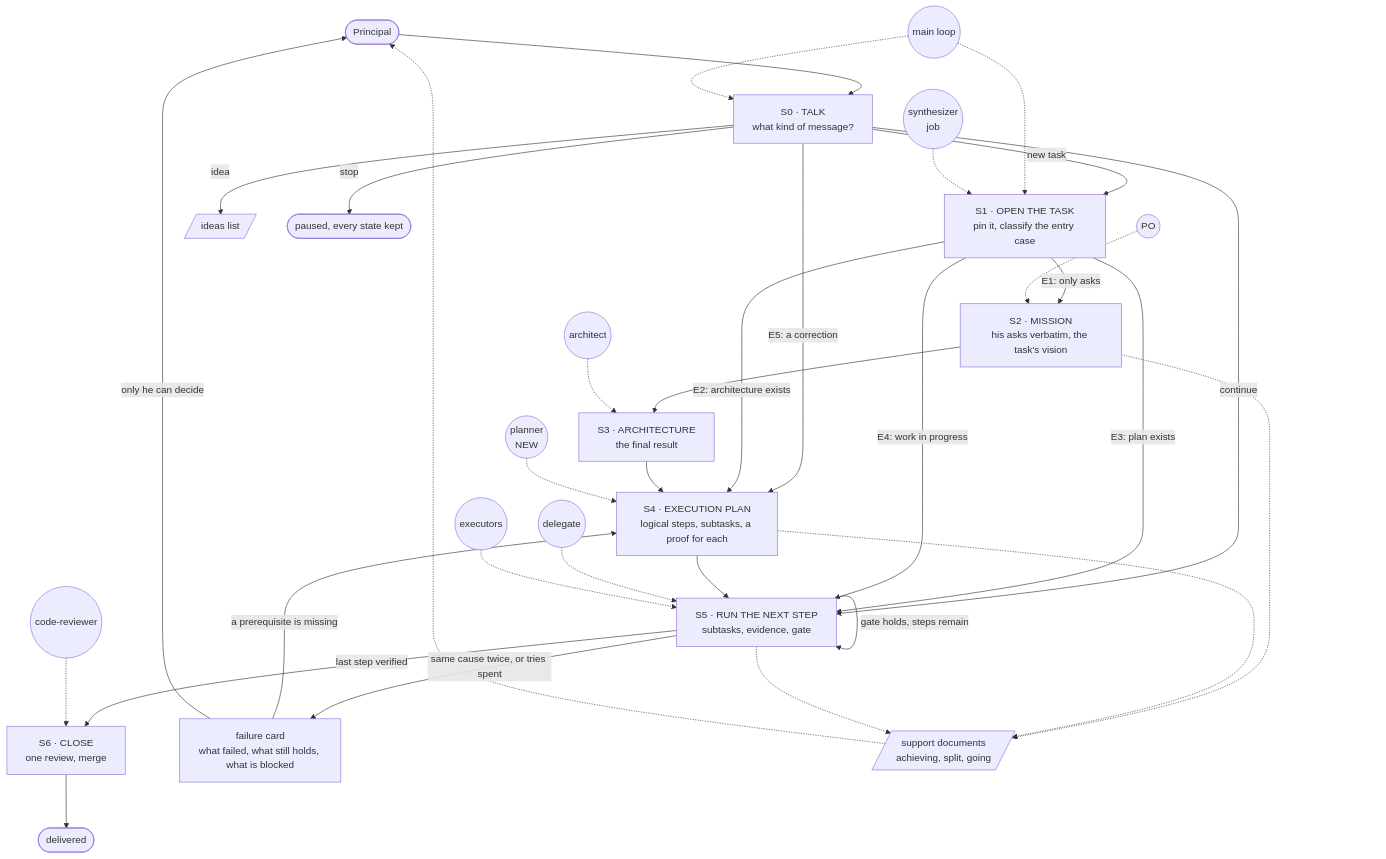
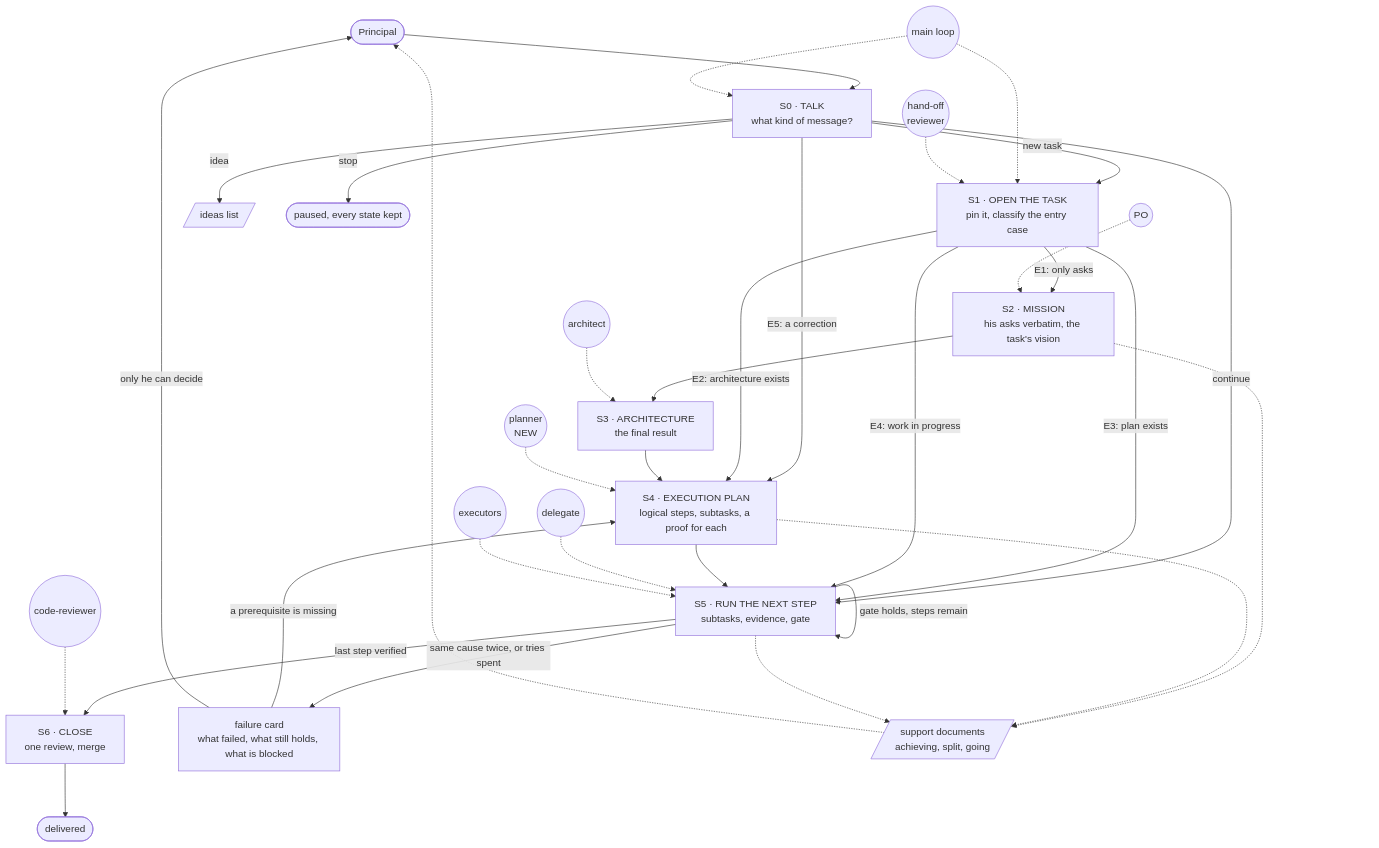
One commit to Wilman2612/grimorio-agents changed the first of 3 diagrams in .grimorio/design/task-flow/quasi-software-view.md. Above: the diagram before and after it, drawn with Mermaid. The commit also changed other lines of this file and 4 other files, not shown here.

First line of the commit message:
docs(task-flow): a hand-off reviewer replaces the synthesizer

````diff
--- a/.grimorio/design/task-flow/quasi-software-view.md
+++ b/.grimorio/design/task-flow/quasi-software-view.md
@@ -17,49 +17,49 @@
 ```mermaid
 flowchart TB
     P(["Principal"])
     S0["S0 · TALK<br/>what kind of message?"]
     S1["S1 · OPEN THE TASK<br/>pin it, classify the entry case"]
     S2["S2 · MISSION<br/>his asks verbatim, the task's vision"]
     S3["S3 · ARCHITECTURE<br/>the final result"]
     S4["S4 · EXECUTION PLAN<br/>logical steps, subtasks, a proof for each"]
     S5["S5 · RUN THE NEXT STEP<br/>subtasks, evidence, gate"]
     S6["S6 · CLOSE<br/>one review, merge"]
     IDEAS[/"ideas list"/]
     FAIL["failure card<br/>what failed, what still holds, what is blocked"]
     DOCS[/"support documents<br/>achieving, split, going"/]
     DONE(["delivered"])
     PAUSE(["paused, every state kept"])
 
     P --> S0
     S0 -->|"idea"| IDEAS
     S0 -->|"new task"| S1
     S0 -->|"continue"| S5
     S0 -->|"E5: a correction"| S4
     S0 -->|"stop"| PAUSE
     S1 -->|"E1: only asks"| S2
     S1 -->|"E2: architecture exists"| S4
     S1 -->|"E3: plan exists"| S5
     S1 -->|"E4: work in progress"| S5
     S2 --> S3 --> S4 --> S5
     S5 -->|"gate holds, steps remain"| S5
     S5 -->|"same cause twice, or tries spent"| FAIL
     FAIL -->|"a prerequisite is missing"| S4
     FAIL -->|"only he can decide"| P
     S5 -->|"last step verified"| S6
     S6 --> DONE
 
     S2 -.-> DOCS
     S4 -.-> DOCS
     S5 -.-> DOCS
     DOCS -.-> P
 
     ML(("main loop")) -.-> S0
     ML -.-> S1
-    SYN(("synthesizer<br/>job")) -.-> S1
+    REVW(("hand-off<br/>reviewer")) -.-> S1
     PO(("PO")) -.-> S2
     ARC(("architect")) -.-> S3
     PLN(("planner<br/>NEW")) -.-> S4
     DEL(("delegate")) -.-> S5
     EXE(("executors")) -.-> S5
     REV(("code-reviewer")) -.-> S6
 ```
````
